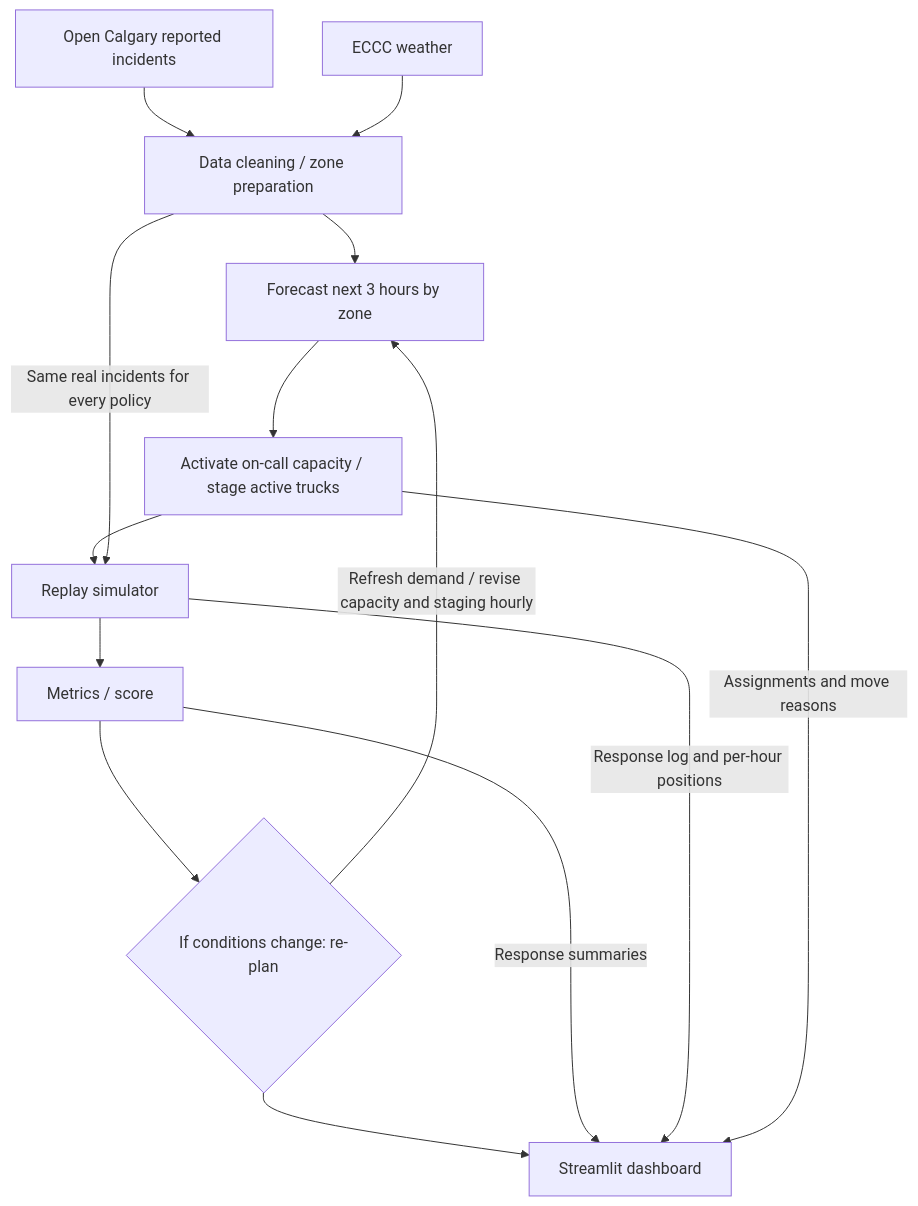
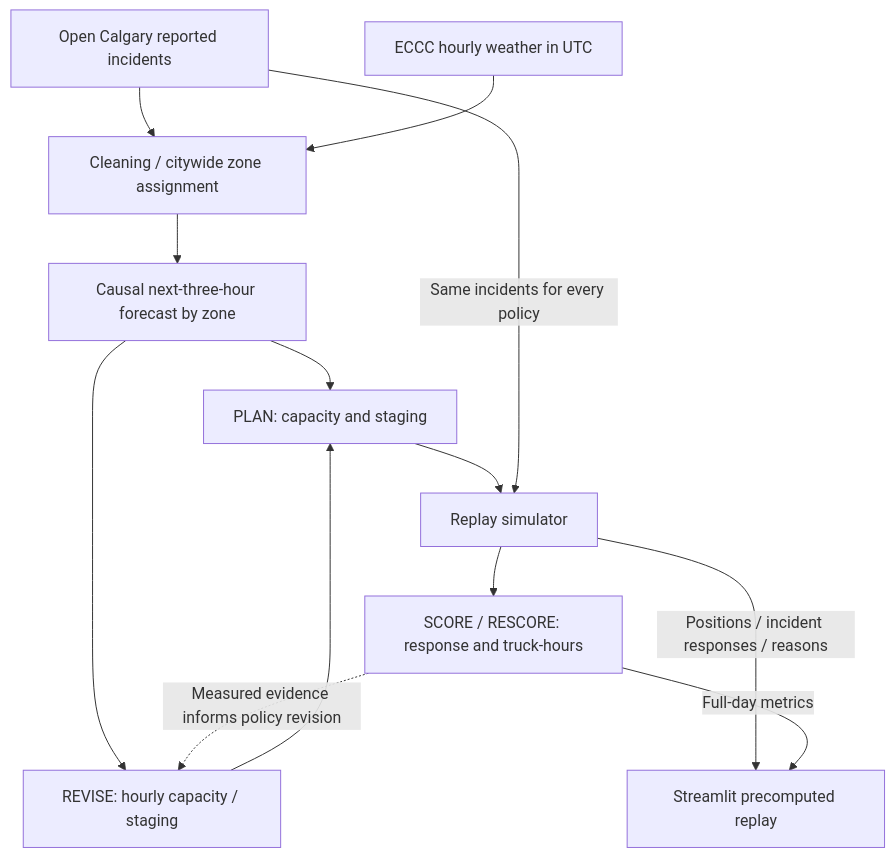
The diagram in docs/architecture-spec.md (Drakooz/Stormstage), drawn with Mermaid before and after one commit. The commit also changed other lines of this file and 6 other files, not shown here.

Commit message:
Finalize judge-facing weather-driven evidence

````diff
--- a/docs/architecture-spec.md
+++ b/docs/architecture-spec.md
@@ -9,16 +9,15 @@
 ```mermaid
 flowchart TD
-    I[Open Calgary reported incidents] --> D[Data cleaning / zone preparation]
-    W[ECCC weather] --> D
-    D --> F[Forecast next 3 hours by zone]
-    F --> P[Activate on-call capacity / stage active trucks]
+    I[Open Calgary reported incidents] --> D[Cleaning / citywide zone assignment]
+    W[ECCC hourly weather in UTC] --> D
+    D --> F[Causal next-three-hour forecast by zone]
+    F --> P[PLAN: capacity and staging]
+    F --> V[REVISE: hourly capacity / staging]
+    V --> P
     P --> R[Replay simulator]
-    D -->|Same real incidents for every policy| R
-    R --> M[Metrics / score]
-    M --> C{If conditions change: re-plan}
-    C -->|Refresh demand / revise capacity and staging hourly| F
-    C --> S[Streamlit dashboard]
-    M -->|Response summaries| S
-    R -->|Response log and per-hour positions| S
-    P -->|Assignments and move reasons| S
+    I -->|Same incidents for every policy| R
+    R --> M[SCORE / RESCORE: response and truck-hours]
+    M -.->|Measured evidence informs policy revision| V
+    R -->|Positions / incident responses / reasons| S[Streamlit precomputed replay]
+    M -->|Full-day metrics| S
 ```
````
